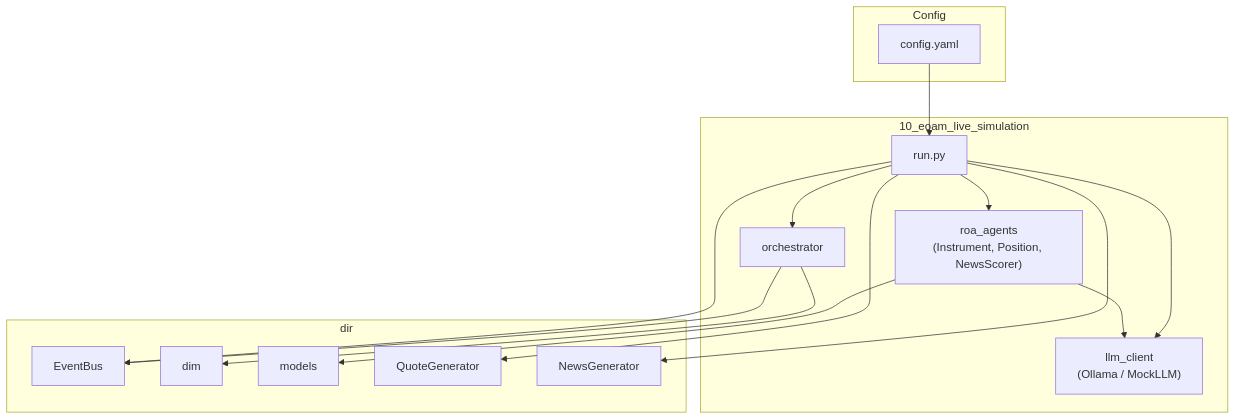
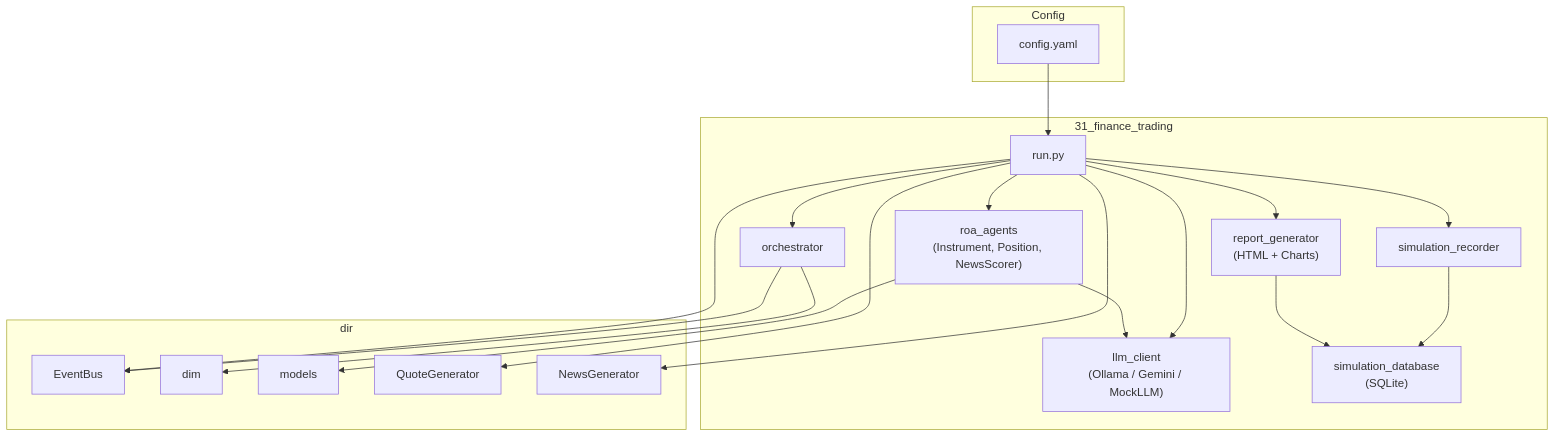
The fourth of 4 diagrams in samples/31_finance_trading/README.md (huka81/decision-intelligence-runtime), drawn with Mermaid before and after one commit. The commit also changed other lines of this file and 5 other files, not shown here.

Commit message:
Rebuild 31 simulation report.

````diff
--- a/samples/31_finance_trading/README.md
+++ b/samples/31_finance_trading/README.md
@@ -478,33 +496,40 @@
 ```mermaid
 flowchart TB
     subgraph Config
         YAML["config.yaml"]
     end
 
-    subgraph Sample["10_eoam_live_simulation"]
+    subgraph Sample["31_finance_trading"]
         Run["run.py"]
-        LLM["llm_client\n(Ollama / MockLLM)"]
+        LLM["llm_client\n(Ollama / Gemini / MockLLM)"]
         ROA["roa_agents\n(Instrument, Position, NewsScorer)"]
         Orch["orchestrator"]
+        Rec["simulation_recorder"]
+        DB["simulation_database\n(SQLite)"]
+        Rep["report_generator\n(HTML + Charts)"]
     end
 
     subgraph Dir["dir"]
         Bus["EventBus"]
         DIM["dim"]
         Models["models"]
         QGen["QuoteGenerator"]
         NGen["NewsGenerator"]
     end
 
     YAML --> Run
     Run --> LLM
     Run --> ROA
     Run --> Orch
     Run --> QGen
     Run --> NGen
+    Run --> Rec
+    Run --> Rep
+    Rec --> DB
+    Rep --> DB
     ROA --> LLM
     ROA --> Models
     Orch --> Bus
     Orch --> DIM
     Run --> Bus
 ```
````
